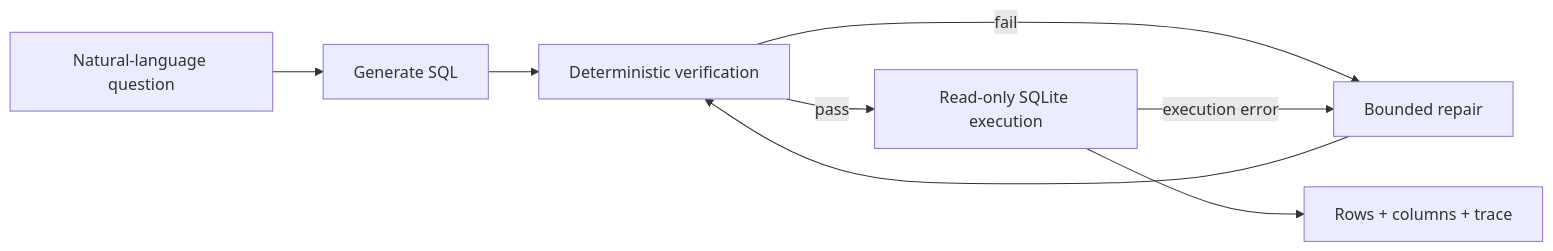
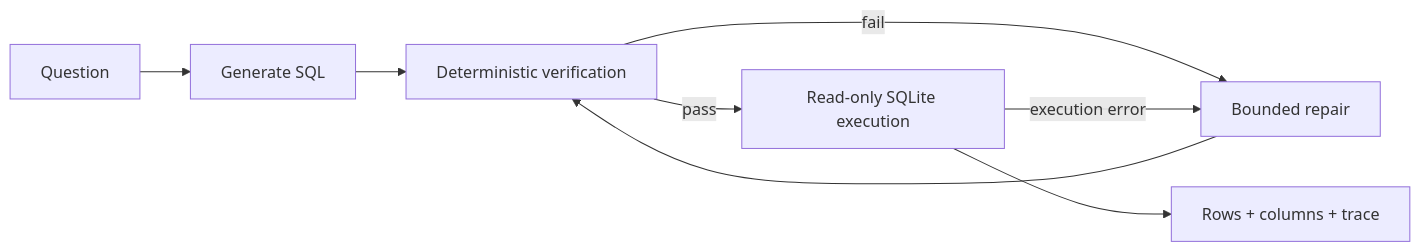
The diagram in README.md (kolihhan/semantic-text2sql-agent), drawn with Mermaid before and after one commit. The commit also changed other lines of this file, not shown here.

````diff
--- a/README.md
+++ b/README.md
@@ -53,10 +62,10 @@
 ```mermaid
 flowchart LR
-    Q[Natural-language question] --> G[Generate SQL]
+    Q[Question] --> G[Generate SQL]
     G --> V[Deterministic verification]
     V -->|pass| E[Read-only SQLite execution]
     V -->|fail| R[Bounded repair]
     E -->|execution error| R
     R --> V
     E --> O[Rows + columns + trace]
 ```
````
